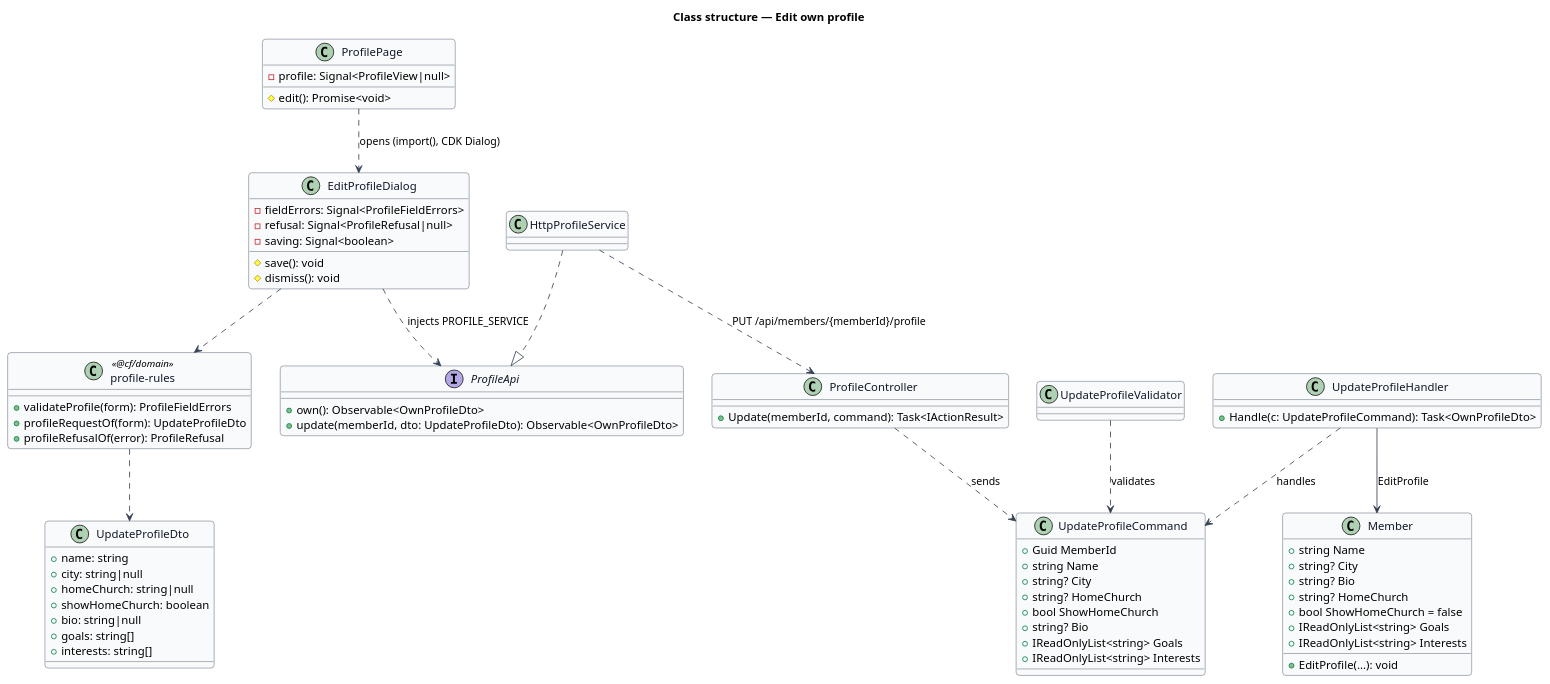
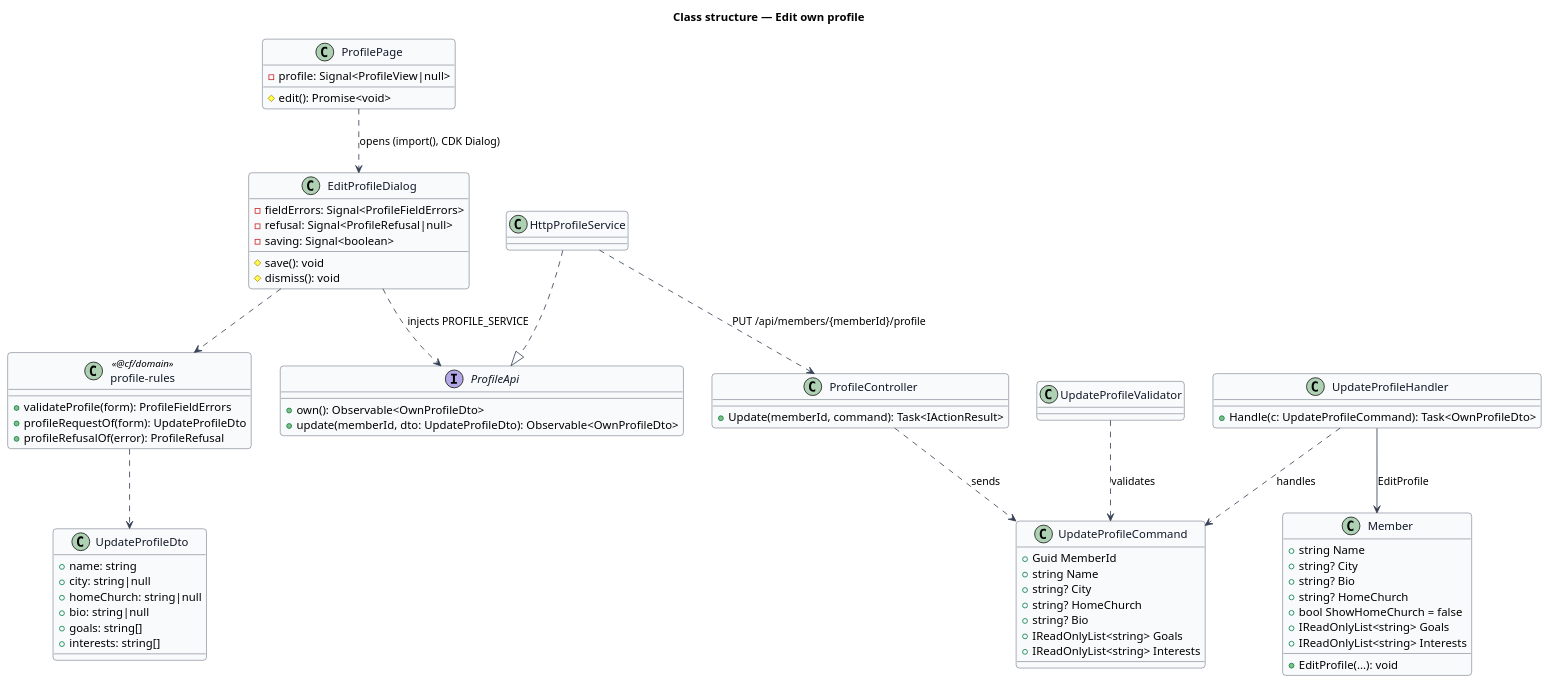
One commit to QuinntyneBrown/christian-fitness changed the diagram in docs/detailed-designs/member-profile/edit-profile/diagrams/class-structure.puml. Above: the diagram before and after it, drawn with PlantUML. The commit also changed 45 other files, not shown here.

```diff
--- a/docs/detailed-designs/member-profile/edit-profile/diagrams/class-structure.puml
+++ b/docs/detailed-designs/member-profile/edit-profile/diagrams/class-structure.puml
@@ -1,80 +1,78 @@
 @startuml
 skinparam backgroundColor #FFFFFF
 skinparam shadowing false
 skinparam roundcorner 8
 skinparam defaultFontName Arial
 skinparam ArrowColor #344054
 skinparam class {
   BorderColor #344054
   FontColor #101828
   BackgroundColor #F9FAFB
 }
 title Class structure — Edit own profile
 class ProfilePage {
   -profile: Signal<ProfileView|null>
   #edit(): Promise<void>
 }
 class EditProfileDialog {
   -fieldErrors: Signal<ProfileFieldErrors>
   -refusal: Signal<ProfileRefusal|null>
   -saving: Signal<boolean>
   #save(): void
   #dismiss(): void
 }
 class "profile-rules" as rules <<@cf/domain>> {
   +validateProfile(form): ProfileFieldErrors
   +profileRequestOf(form): UpdateProfileDto
   +profileRefusalOf(error): ProfileRefusal
 }
 class UpdateProfileDto {
   +name: string
   +city: string|null
   +homeChurch: string|null
-  +showHomeChurch: boolean
   +bio: string|null
   +goals: string[]
   +interests: string[]
 }
 interface ProfileApi {
   +own(): Observable<OwnProfileDto>
   +update(memberId, dto: UpdateProfileDto): Observable<OwnProfileDto>
 }
 class HttpProfileService
 class ProfileController {
   +Update(memberId, command): Task<IActionResult>
 }
 class UpdateProfileCommand {
   +Guid MemberId
   +string Name
   +string? City
   +string? HomeChurch
-  +bool ShowHomeChurch
   +string? Bio
   +IReadOnlyList<string> Goals
   +IReadOnlyList<string> Interests
 }
 class UpdateProfileValidator
 class UpdateProfileHandler {
   +Handle(c: UpdateProfileCommand): Task<OwnProfileDto>
 }
 class Member {
   +string Name
   +string? City
   +string? Bio
   +string? HomeChurch
   +bool ShowHomeChurch = false
   +IReadOnlyList<string> Goals
   +IReadOnlyList<string> Interests
   +EditProfile(...): void
 }
 ProfilePage ..> EditProfileDialog : opens (import(), CDK Dialog)
 EditProfileDialog ..> ProfileApi : injects PROFILE_SERVICE
 EditProfileDialog ..> rules
 rules ..> UpdateProfileDto
 HttpProfileService ..|> ProfileApi
 HttpProfileService ..> ProfileController : PUT /api/members/{memberId}/profile
 ProfileController ..> UpdateProfileCommand : sends
 UpdateProfileValidator ..> UpdateProfileCommand : validates
 UpdateProfileHandler ..> UpdateProfileCommand : handles
 UpdateProfileHandler --> Member : EditProfile
 @enduml
```
